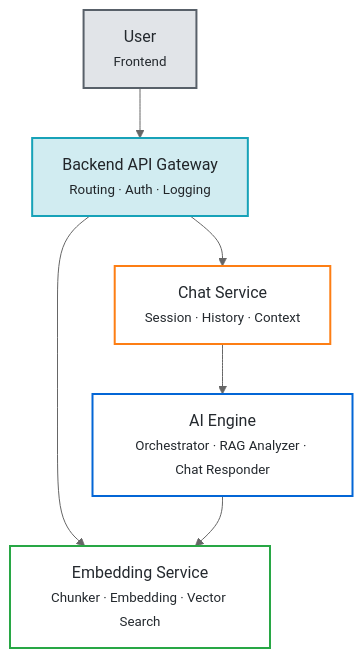
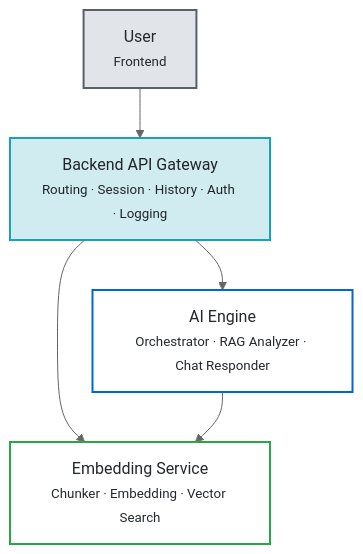
The first of 3 diagrams in README.md (Taihenc/project-aiq), drawn with Mermaid (neutral theme) before and after one commit. The commit also changed other lines of this file, not shown here.

Commit message:
docs: [AIQ-85] update README to reflect change chat service into backend

````diff
--- a/README.md
+++ b/README.md
@@ -177,25 +153,22 @@
 ```mermaid
 graph TD
     %% LAYER: Frontend & Backend
     U[User <br/> <small>Frontend</small>]
-    B[Backend API Gateway<br/><small>Routing · Auth · Logging</small>]
+    B[Backend API Gateway<br/><small>Routing · Session · History · Auth · Logging</small>]
 
     %% LAYER: Services
-    C[Chat Service<br/><small>Session · History · Context</small>]
     A[AI Engine<br/><small>Orchestrator · RAG Analyzer · Chat Responder</small>]
     R[Embedding Service<br/><small>Chunker · Embedding · Vector Search</small>]
 
     %% CONNECTIONS
     U --> B
-    B --> C
+    B --> A
     B --> R
-    C --> A
     A --> R
 
     %% STYLE
     style U fill:#e1e4e8,stroke:#586069,stroke-width:2px,color:#24292e
     style B fill:#d1ecf1,stroke:#17a2b8,stroke-width:2px,color:#212529
-    style C fill:#fff,stroke:#fd7e14,stroke-width:2px,color:#24292e
     style A fill:#fff,stroke:#0366d6,stroke-width:2px,color:#24292e
     style R fill:#fff,stroke:#28a745,stroke-width:2px,color:#24292e
 ```
````
